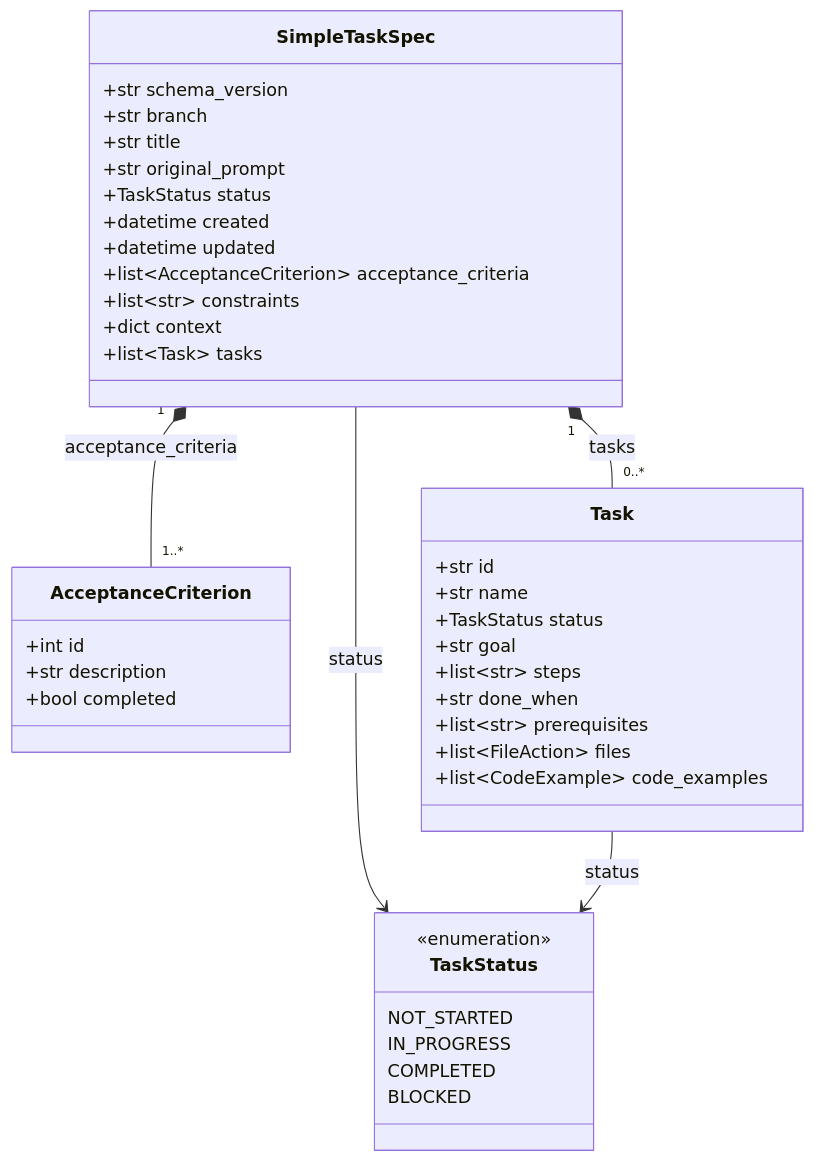
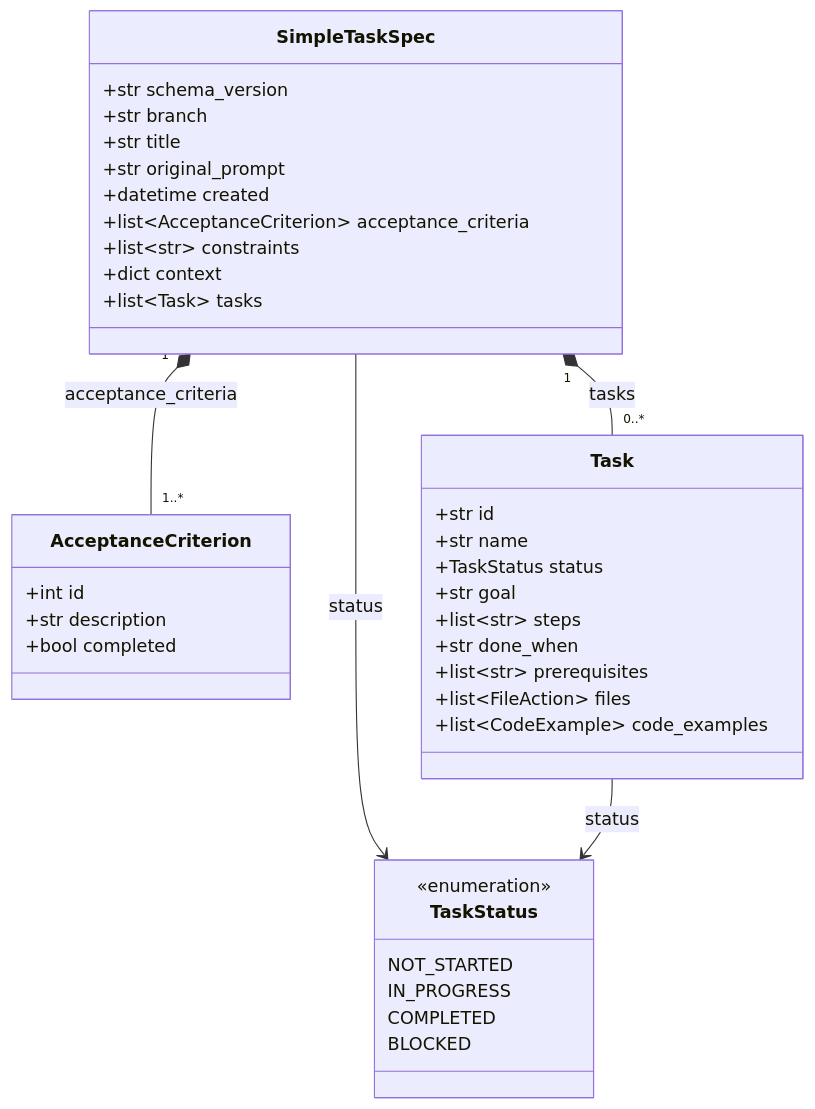
The second of 3 diagrams in docs/ARCHITECTURE.md (thaapaniemi/simpletask), drawn with Mermaid before and after one commit. The commit also changed 14 other files, not shown here.

````diff
--- a/docs/ARCHITECTURE.md
+++ b/docs/ARCHITECTURE.md
@@ -58,47 +58,45 @@
 ```mermaid
 classDiagram
     class SimpleTaskSpec {
         +str schema_version
         +str branch
         +str title
         +str original_prompt
-        +TaskStatus status
         +datetime created
-        +datetime updated
         +list~AcceptanceCriterion~ acceptance_criteria
         +list~str~ constraints
         +dict context
         +list~Task~ tasks
     }
     
     class AcceptanceCriterion {
         +int id
         +str description
         +bool completed
     }
     
     class Task {
         +str id
         +str name
         +TaskStatus status
         +str goal
         +list~str~ steps
         +str done_when
         +list~str~ prerequisites
         +list~FileAction~ files
         +list~CodeExample~ code_examples
     }
     
     class TaskStatus {
         <<enumeration>>
         NOT_STARTED
         IN_PROGRESS
         COMPLETED
         BLOCKED
     }
     
     SimpleTaskSpec "1" *-- "1..*" AcceptanceCriterion : acceptance_criteria
     SimpleTaskSpec "1" *-- "0..*" Task : tasks
     SimpleTaskSpec --> TaskStatus : status
     Task --> TaskStatus : status
 ```
````
